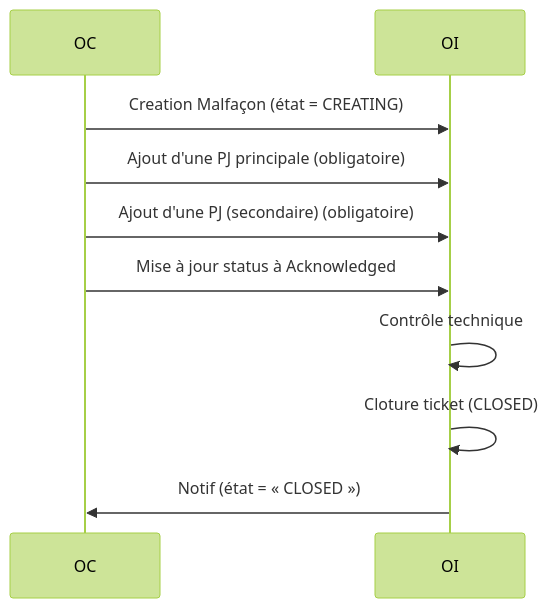
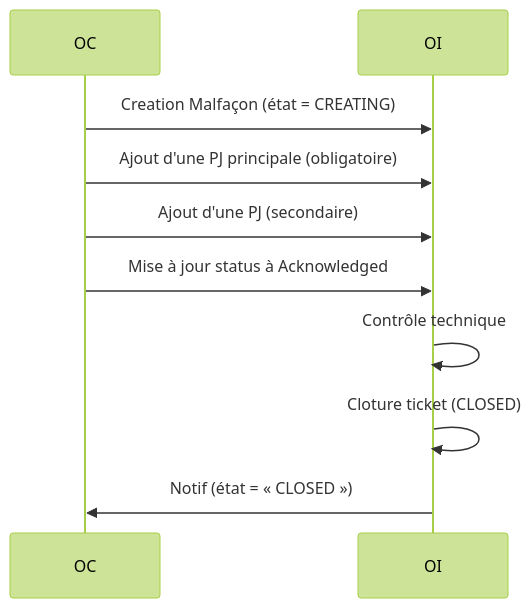
One commit to before-interop/malfacon changed diagram 12 of 12 in README.md. Above: the diagram before and after it, drawn with Mermaid (forest theme). The commit also changed other lines of this file, not shown here.

````diff
--- a/README.md
+++ b/README.md
@@ -667,14 +667,14 @@
 ```mermaid
 sequenceDiagram
 
   participant OC
   participant OI
 
   OC->>OI: Creation Malfaçon (état = CREATING)
   OC->>OI: Ajout d'une PJ principale (obligatoire)
-  OC->>OI: Ajout d'une PJ (secondaire) (obligatoire)
+  OC->>OI: Ajout d'une PJ (secondaire)
   OC->>OI: Mise à jour status à Acknowledged
   OI->>OI: Contrôle technique 
   OI->>OI: Cloture ticket (CLOSED)
   OI->>OC: Notif (état = « CLOSED »)
 ```
````
